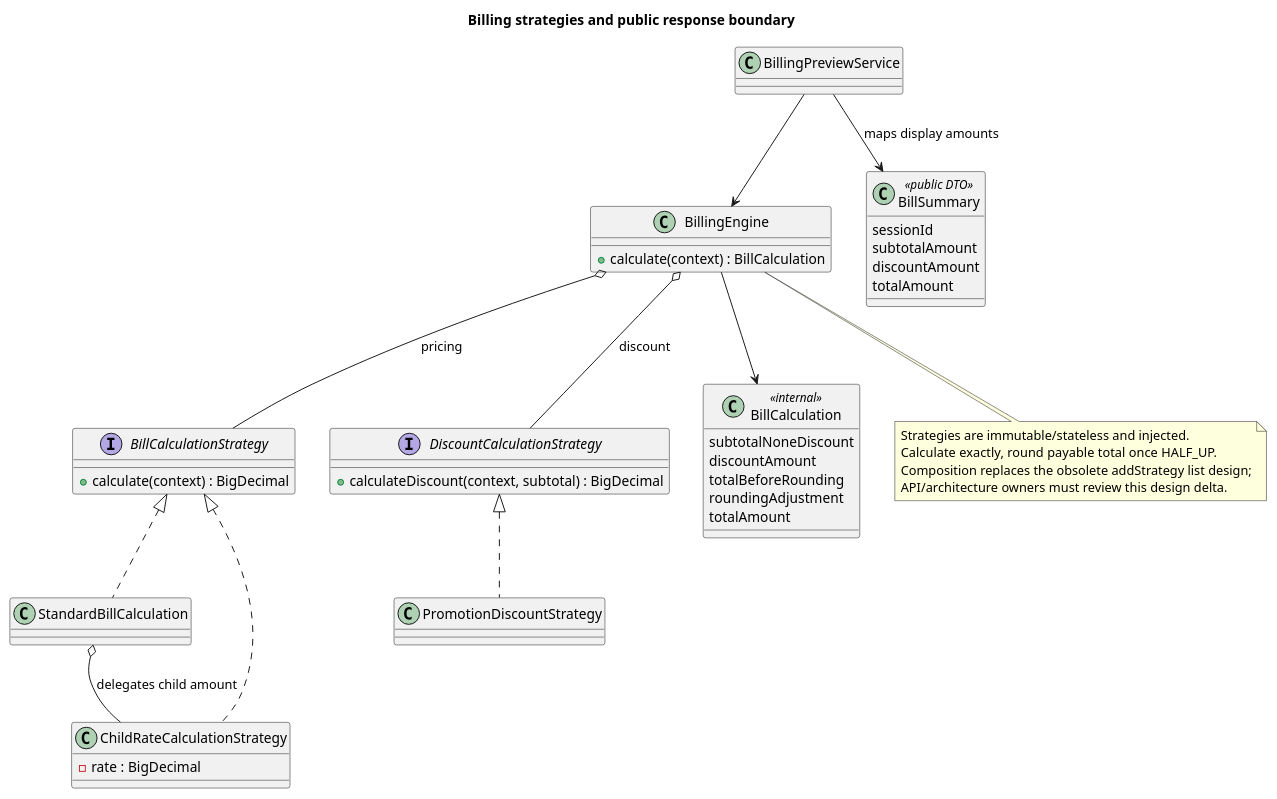
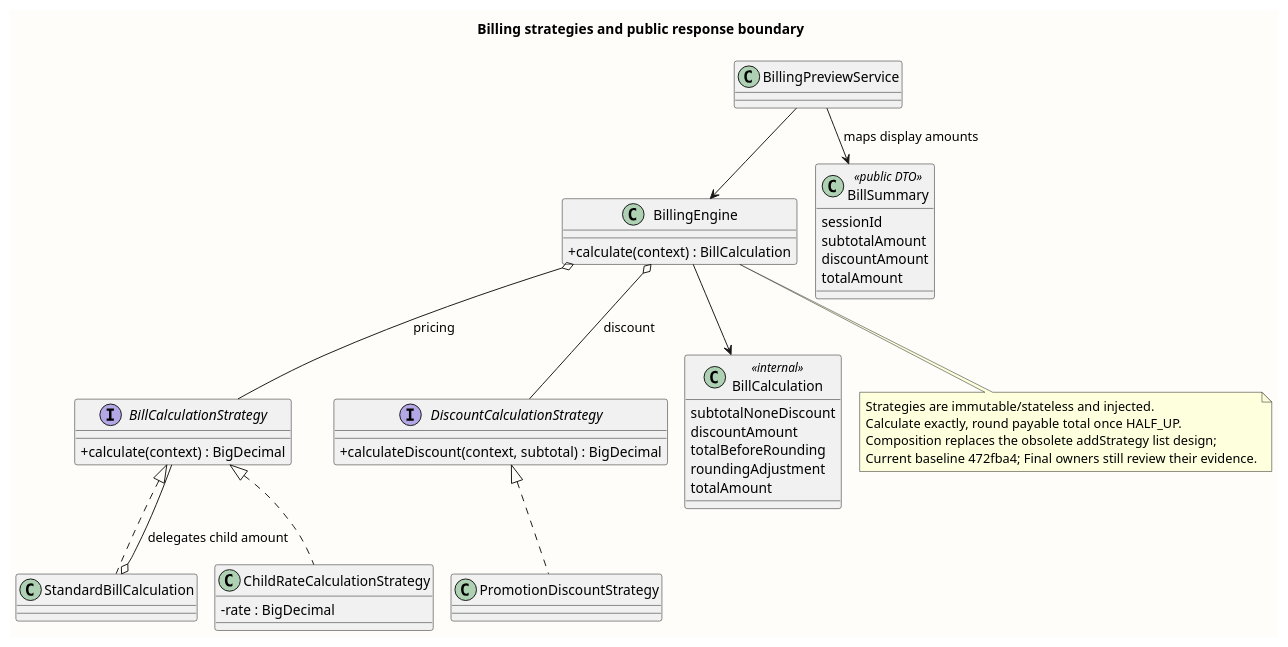
Before and after one commit to PavaritPramual/buffet-restaurant-management-system: the diagram in doc/diagrams/class-billing-strategy.puml, drawn with PlantUML. The commit also changed 22 other files, not shown here.

Commit message:
docs: align component and session diagrams with runtime flow

```diff
--- a/doc/diagrams/class-billing-strategy.puml
+++ b/doc/diagrams/class-billing-strategy.puml
@@ -1,46 +1,52 @@
 @startuml
+!pragma layout smetana
+skinparam shadowing false
+skinparam classAttributeIconSize 0
+skinparam backgroundColor #FFFDF9
+skinparam defaultFontName Tahoma
+
 title Billing strategies and public response boundary
 interface BillCalculationStrategy {
  +calculate(context) : BigDecimal
 }
 interface DiscountCalculationStrategy {
  +calculateDiscount(context, subtotal) : BigDecimal
 }
 class StandardBillCalculation
 class ChildRateCalculationStrategy {
  -rate : BigDecimal
 }
 class PromotionDiscountStrategy
 class BillingEngine {
  +calculate(context) : BillCalculation
 }
 class BillCalculation <<internal>> {
  subtotalNoneDiscount
  discountAmount
  totalBeforeRounding
  roundingAdjustment
  totalAmount
 }
 class BillingPreviewService
 class BillSummary <<public DTO>> {
  sessionId
  subtotalAmount
  discountAmount
  totalAmount
 }
 BillCalculationStrategy <|.. StandardBillCalculation
 BillCalculationStrategy <|.. ChildRateCalculationStrategy
 DiscountCalculationStrategy <|.. PromotionDiscountStrategy
-StandardBillCalculation o-- ChildRateCalculationStrategy : delegates child amount
+StandardBillCalculation o-- BillCalculationStrategy : delegates child amount
 BillingEngine o-- BillCalculationStrategy : pricing
 BillingEngine o-- DiscountCalculationStrategy : discount
 BillingEngine --> BillCalculation
 BillingPreviewService --> BillingEngine
 BillingPreviewService --> BillSummary : maps display amounts
 note bottom of BillingEngine
  Strategies are immutable/stateless and injected.
  Calculate exactly, round payable total once HALF_UP.
  Composition replaces the obsolete addStrategy list design;
- API/architecture owners must review this design delta.
+ Current baseline 472fba4; Final owners still review their evidence.
 end note
 @enduml
```
